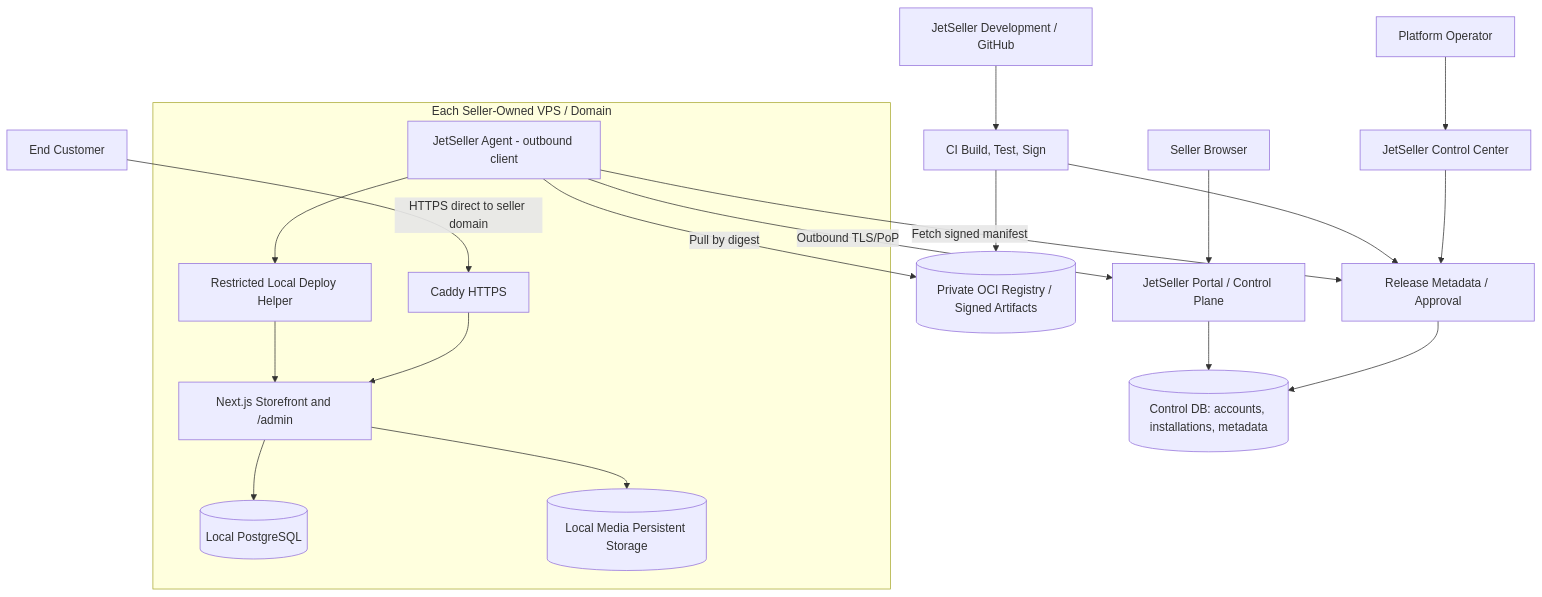
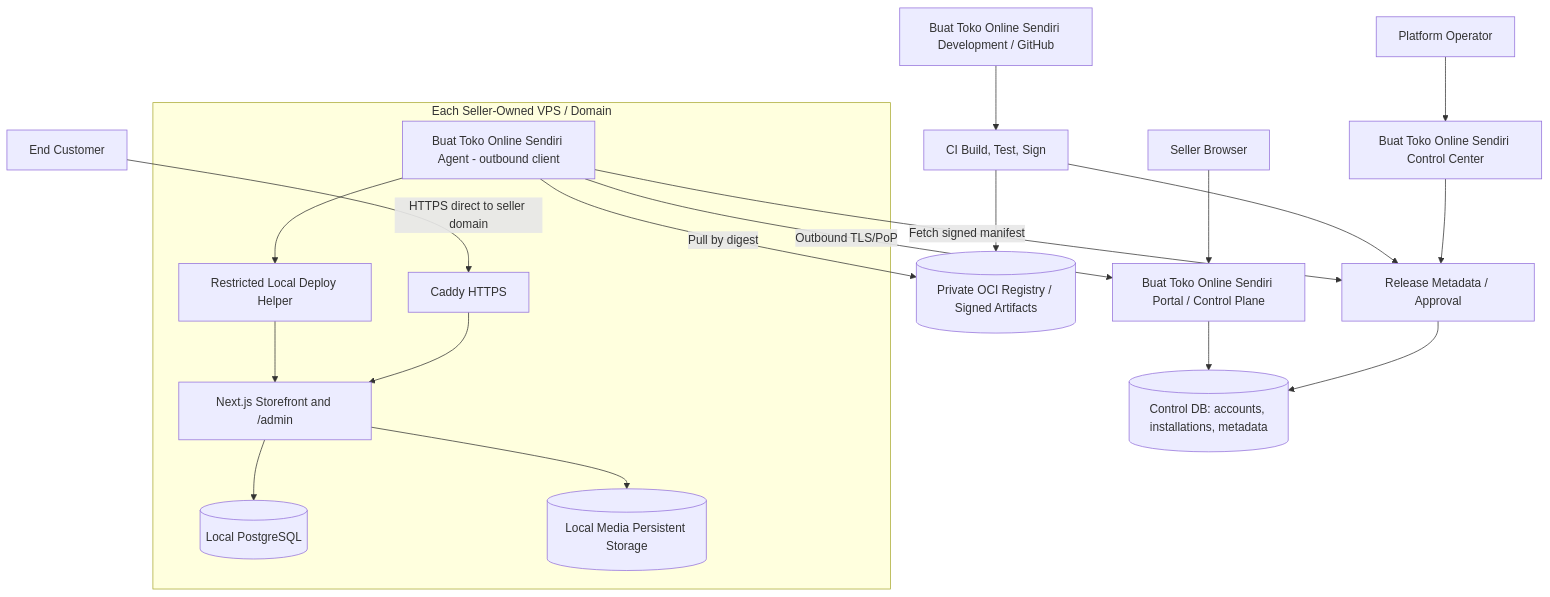
One commit to Assyauq26/Gheverhan changed the first of 3 diagrams in docs/self-hosted/ARCHITECTURE.md. Above: the diagram before and after it, drawn with Mermaid. The commit also changed other lines of this file and 75 other files, not shown here.

Commit message:
feat(branding): retire active JetSeller identity and isolate domain release assets

````diff
--- a/docs/self-hosted/ARCHITECTURE.md
+++ b/docs/self-hosted/ARCHITECTURE.md
@@ -7,28 +9,28 @@
 ```mermaid
 flowchart TB
-  Developer[JetSeller Development / GitHub] --> CI[CI Build, Test, Sign]
+  Developer[Buat Toko Online Sendiri Development / GitHub] --> CI[CI Build, Test, Sign]
   CI --> OCI[(Private OCI Registry / Signed Artifacts)]
   CI --> Release[Release Metadata / Approval]
-  Seller[Seller Browser] --> Portal[JetSeller Portal / Control Plane]
-  Operator[Platform Operator] --> Console[JetSeller Control Center]
+  Seller[Seller Browser] --> Portal[Buat Toko Online Sendiri Portal / Control Plane]
+  Operator[Platform Operator] --> Console[Buat Toko Online Sendiri Control Center]
   Console --> Release
   Portal --> Registry[(Control DB: accounts, installations, metadata)]
   Release --> Registry
   subgraph SellerOwned[Each Seller-Owned VPS / Domain]
-    Agent[JetSeller Agent - outbound client]
+    Agent[Buat Toko Online Sendiri Agent - outbound client]
     Helper[Restricted Local Deploy Helper]
     Proxy[Caddy HTTPS]
     App[Next.js Storefront and /admin]
     DB[(Local PostgreSQL)]
     Media[(Local Media Persistent Storage)]
     Agent --> Helper
     Helper --> App
     Proxy --> App
     App --> DB
     App --> Media
   end
   Agent -->|Outbound TLS/PoP| Portal
   Agent -->|Fetch signed manifest| Release
   Agent -->|Pull by digest| OCI
   Customer[End Customer] -->|HTTPS direct to seller domain| Proxy
 ```
````
